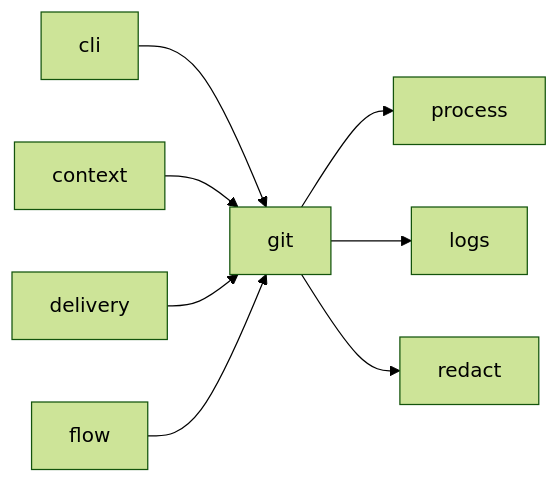
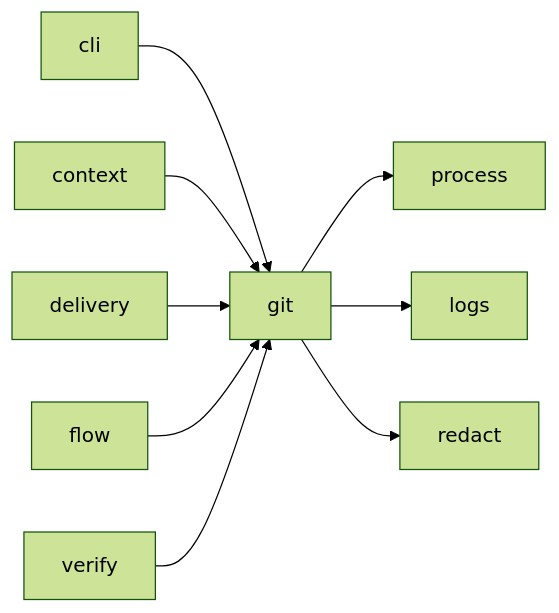
Before and after one commit to plaplanche/ariane: the diagram in docs/architecture/modules/git.md, drawn with Mermaid (forest theme). The commit also changed 25 other files, not shown here.

````diff
--- a/docs/architecture/modules/git.md
+++ b/docs/architecture/modules/git.md
@@ -20,10 +20,11 @@
 ```mermaid
 flowchart LR
   git --> process
   git --> logs
   git --> redact
   cli --> git
   context --> git
   delivery --> git
   flow --> git
+  verify --> git
 ```
````
